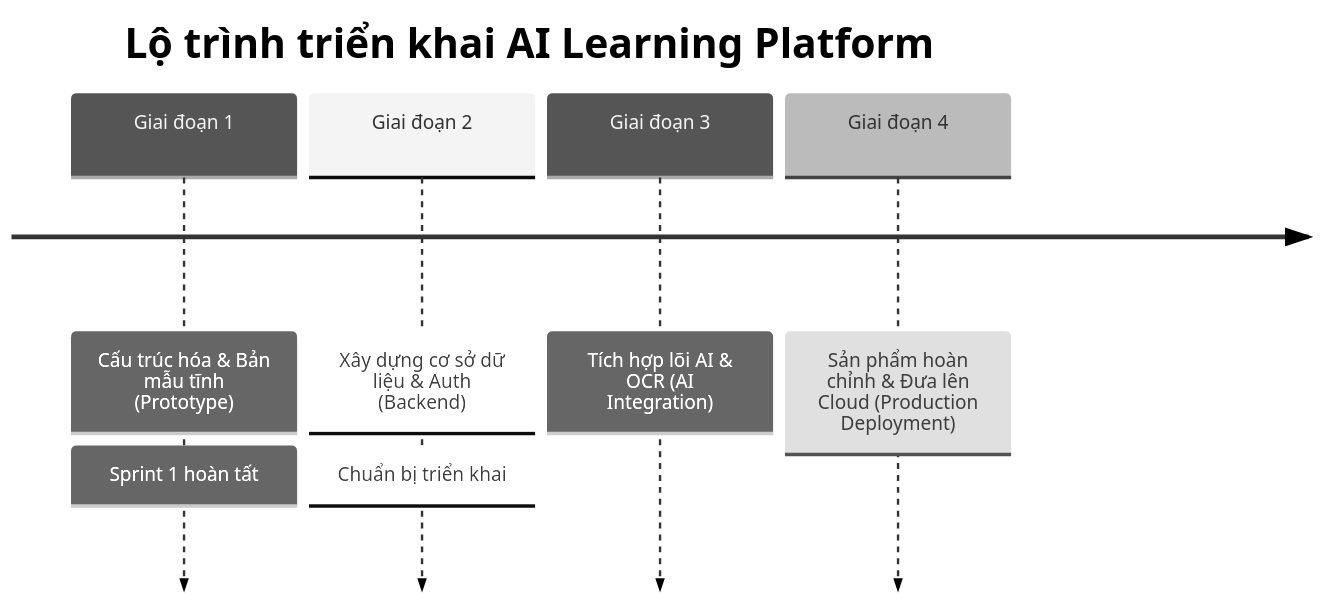
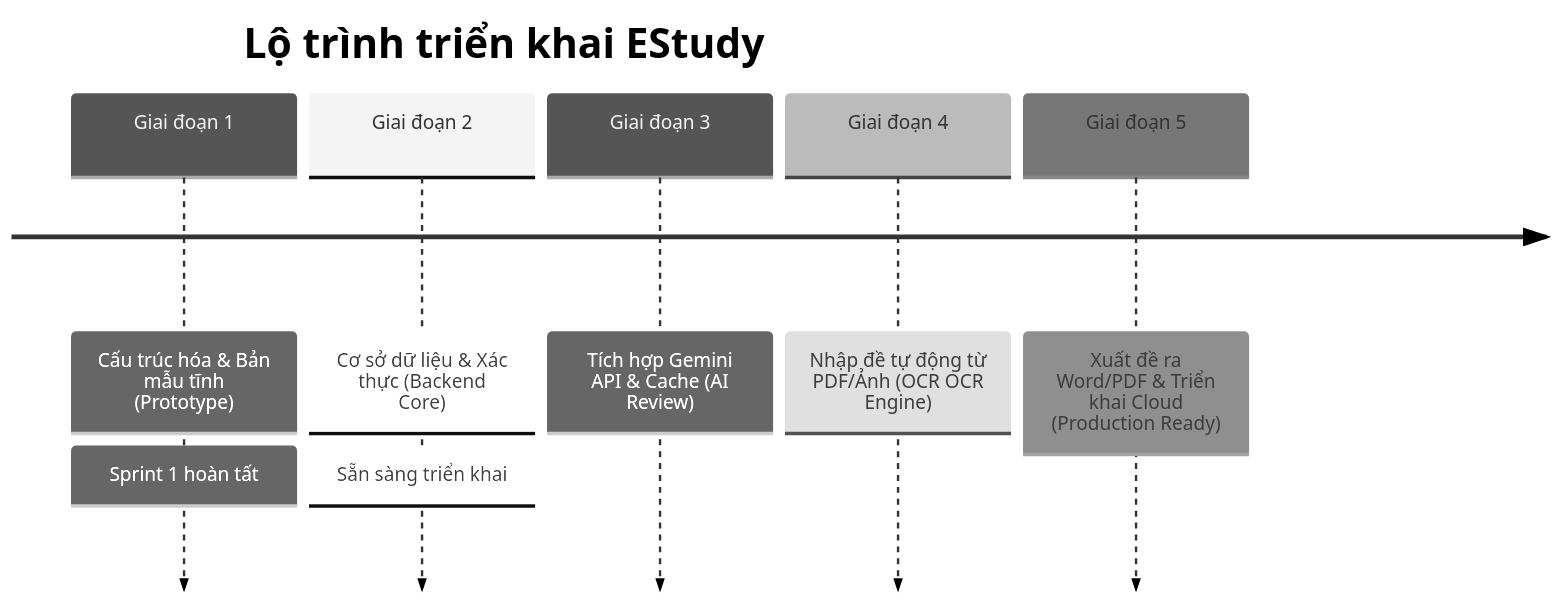
The diagram in ROADMAP.md (takebin207/Web_BaiTap), drawn with Mermaid (neutral theme) before and after one commit. The commit also changed other lines of this file and 28 other files, not shown here.

Commit message:
feat: pivot product direction to EStudy and implement mock core pages

````diff
--- a/ROADMAP.md
+++ b/ROADMAP.md
@@ -9,8 +9,9 @@
 ```mermaid
 timeline
-    title Lộ trình triển khai AI Learning Platform
+    title Lộ trình triển khai EStudy
     Giai đoạn 1 : Cấu trúc hóa & Bản mẫu tĩnh (Prototype) : Sprint 1 hoàn tất
-    Giai đoạn 2 : Xây dựng cơ sở dữ liệu & Auth (Backend) : Chuẩn bị triển khai
-    Giai đoạn 3 : Tích hợp lõi AI & OCR (AI Integration)
-    Giai đoạn 4 : Sản phẩm hoàn chỉnh & Đưa lên Cloud (Production Deployment)
+    Giai đoạn 2 : Cơ sở dữ liệu & Xác thực (Backend Core) : Sẵn sàng triển khai
+    Giai đoạn 3 : Tích hợp Gemini API & Cache (AI Review)
+    Giai đoạn 4 : Nhập đề tự động từ PDF/Ảnh (OCR OCR Engine)
+    Giai đoạn 5 : Xuất đề ra Word/PDF & Triển khai Cloud (Production Ready)
 ```
````
